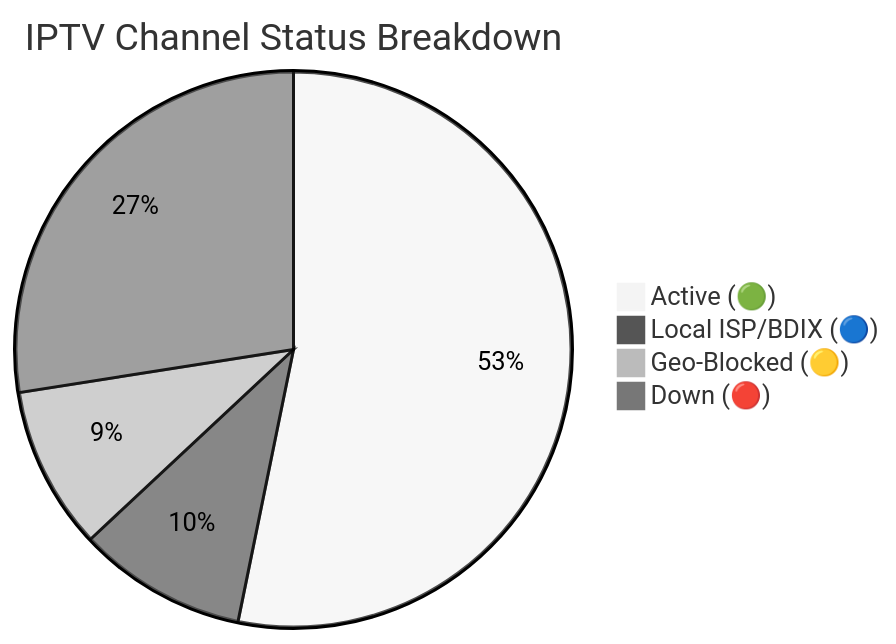
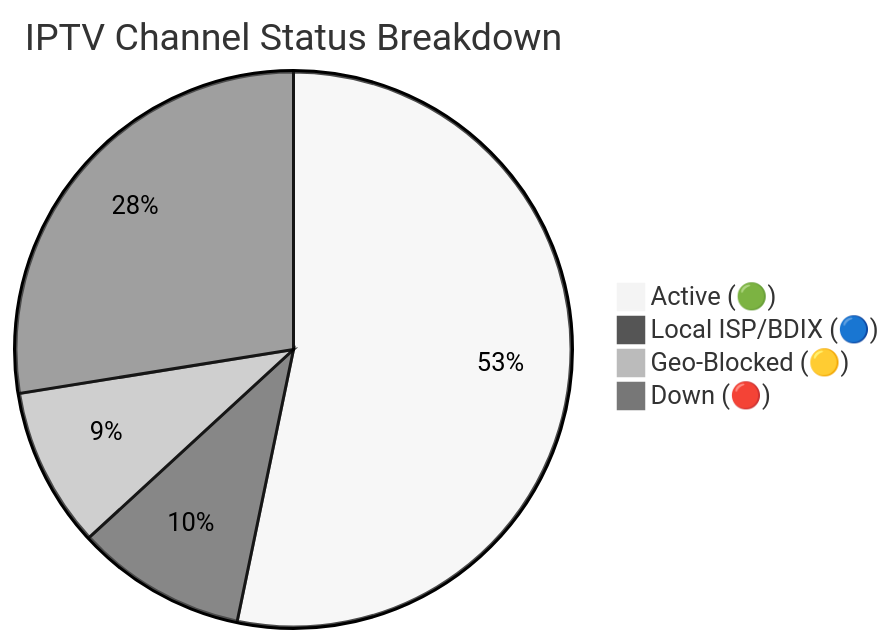
The diagram in README.md (f6388600-ai/Web), drawn with Mermaid (neutral theme) before and after one commit. The commit also changed other lines of this file and 6 other files, not shown here.

````diff
--- a/README.md
+++ b/README.md
@@ -149,7 +149,7 @@
 ```mermaid
 pie title IPTV Channel Status Breakdown
-    "Active (🟢)" : 9261
-    "Local ISP/BDIX (🔵)" : 1712
-    "Geo-Blocked (🟡)" : 1650
-    "Down (🔴)" : 4784
+    "Active (🟢)" : 9268
+    "Local ISP/BDIX (🔵)" : 1725
+    "Geo-Blocked (🟡)" : 1620
+    "Down (🔴)" : 4791
 ```
````
